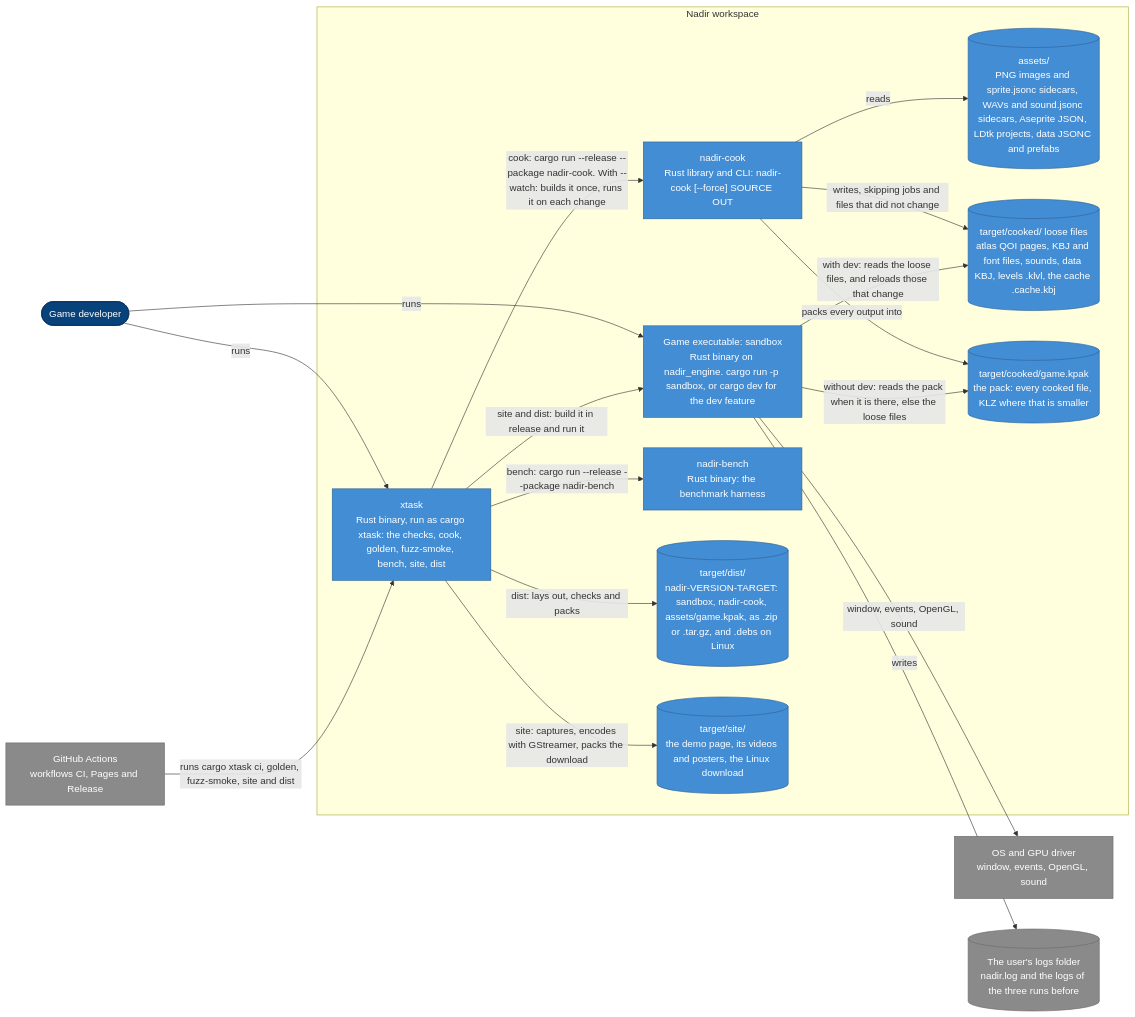
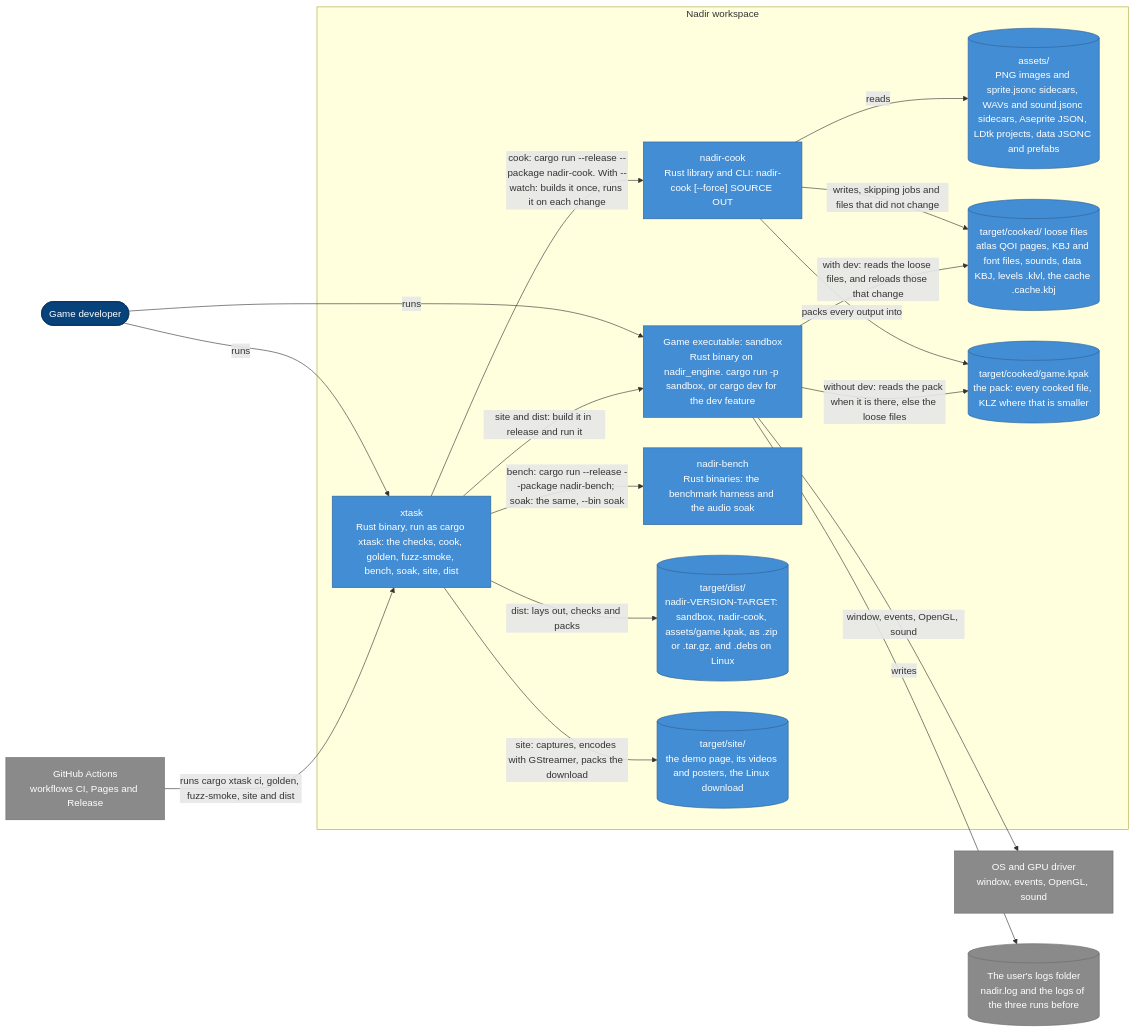
Before and after one commit to jabbott-iii/Nadir: the second of 5 diagrams in diagrams/c4-architecture.md, drawn with Mermaid. The commit also changed other lines of this file and 22 other files, not shown here.

````diff
--- a/diagrams/c4-architecture.md
+++ b/diagrams/c4-architecture.md
@@ -94,42 +94,42 @@
 ```mermaid
 flowchart LR
     developer(["Game developer"])
     gha["GitHub Actions<br/>workflows CI, Pages and Release"]
     os["OS and GPU driver<br/>window, events, OpenGL, sound"]
     logs[("The user's logs folder<br/>nadir.log and the logs of the three runs before")]
 
     subgraph ws["Nadir workspace"]
-        xtask["xtask<br/>Rust binary, run as cargo xtask: the checks, cook, golden, fuzz-smoke, bench, site, dist"]
+        xtask["xtask<br/>Rust binary, run as cargo xtask: the checks, cook, golden, fuzz-smoke, bench, soak, site, dist"]
         cook["nadir-cook<br/>Rust library and CLI: nadir-cook [--force] SOURCE OUT"]
         game["Game executable: sandbox<br/>Rust binary on nadir_engine. cargo run -p sandbox, or cargo dev for the dev feature"]
-        bench["nadir-bench<br/>Rust binary: the benchmark harness"]
+        bench["nadir-bench<br/>Rust binaries: the benchmark harness and the audio soak"]
         src[("assets/<br/>PNG images and sprite.jsonc sidecars, WAVs and sound.jsonc sidecars, Aseprite JSON, LDtk projects, data JSONC and prefabs")]
         loose[("target/cooked/ loose files<br/>atlas QOI pages, KBJ and font files, sounds, data KBJ, levels .klvl, the cache .cache.kbj")]
         pack[("target/cooked/game.kpak<br/>the pack: every cooked file, KLZ where that is smaller")]
         dist[("target/dist/<br/>nadir-VERSION-TARGET: sandbox, nadir-cook, assets/game.kpak, as .zip or .tar.gz, and .debs on Linux")]
         site[("target/site/<br/>the demo page, its videos and posters, the Linux download")]
     end
 
     developer -->|"runs"| xtask
     developer -->|"runs"| game
     gha -->|"runs cargo xtask ci, golden, fuzz-smoke, site and dist"| xtask
     xtask -->|"cook: cargo run --release --package nadir-cook. With --watch: builds it once, runs it on each change"| cook
     cook -->|"reads"| src
     cook -->|"writes, skipping jobs and files that did not change"| loose
     cook -->|"packs every output into"| pack
     game -->|"with dev: reads the loose files, and reloads those that change"| loose
     game -->|"without dev: reads the pack when it is there, else the loose files"| pack
     game -->|"writes"| logs
     game -->|"window, events, OpenGL, sound"| os
-    xtask -->|"bench: cargo run --release --package nadir-bench"| bench
+    xtask -->|"bench: cargo run --release --package nadir-bench; soak: the same, --bin soak"| bench
     xtask -->|"site and dist: build it in release and run it"| game
     xtask -->|"dist: lays out, checks and packs"| dist
     xtask -->|"site: captures, encodes with GStreamer, packs the download"| site
 
     classDef person fill:#08427b,stroke:#052e56,color:#ffffff
     classDef container fill:#438dd5,stroke:#2e6295,color:#ffffff
     classDef external fill:#8a8a8a,stroke:#6b6b6b,color:#ffffff
     class developer person
     class xtask,cook,game,bench,src,loose,pack,dist,site container
     class gha,os,logs external
 ```
````
